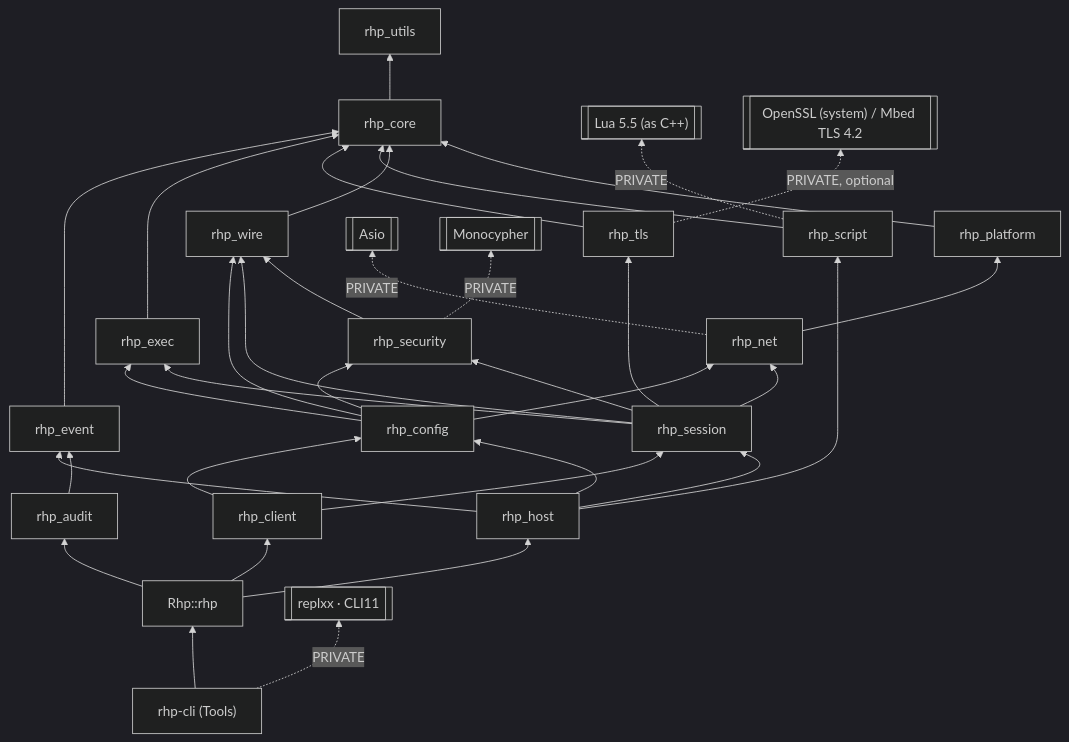
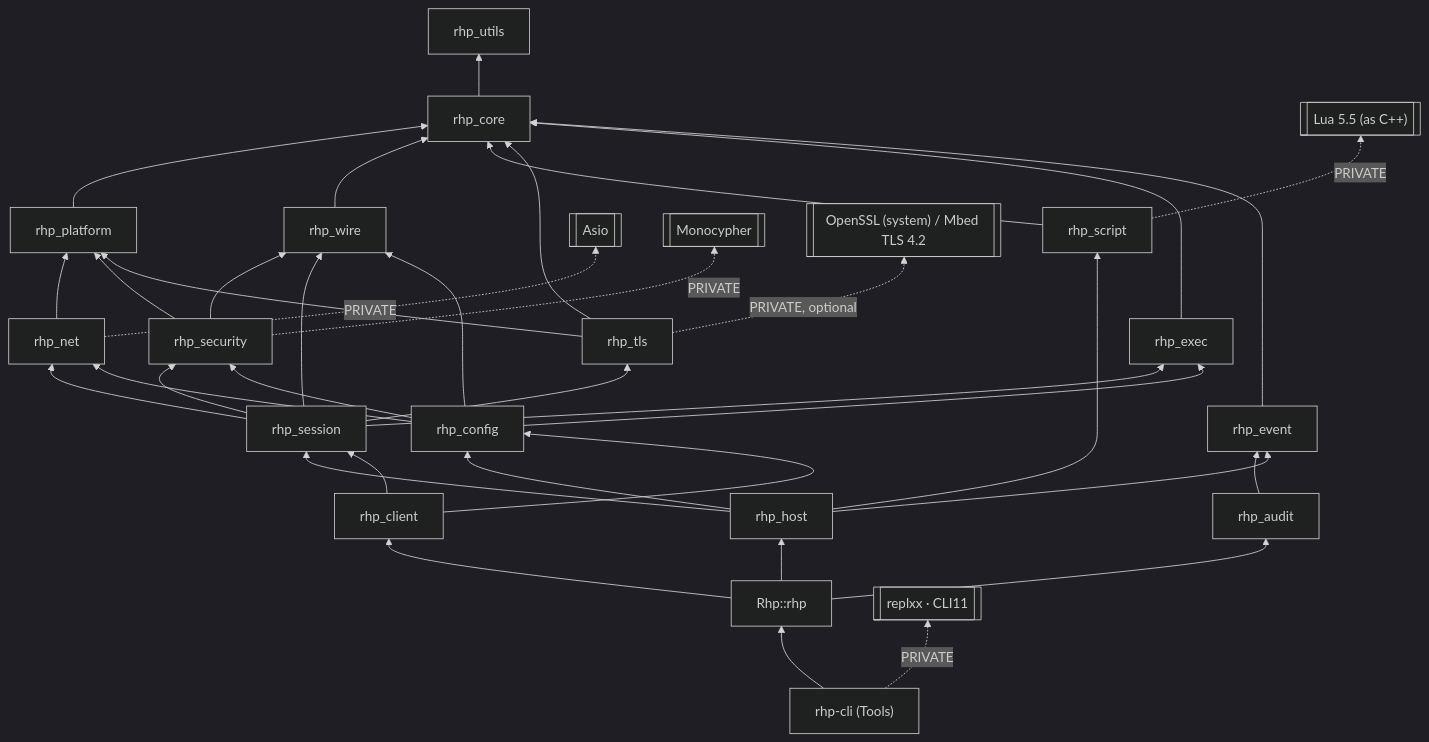
Before and after one commit to tonytranrp/RHP: diagram 12 of 14 in Docs/ARCHITECTURE.md, drawn with Mermaid (dark theme). The commit also changed other lines of this file and 50 other files, not shown here.

````diff
--- a/Docs/ARCHITECTURE.md
+++ b/Docs/ARCHITECTURE.md
@@ -811,38 +814,40 @@
 ```mermaid
 flowchart BT
     utils["rhp_utils"]
     core["rhp_core"] --> utils
     platform["rhp_platform"] --> core
     wire["rhp_wire"] --> core
     script["rhp_script"] --> core
     script -. PRIVATE .-> lua[["Lua 5.5 (as C++)"]]
     net["rhp_net"] --> platform
     net -. PRIVATE .-> asio[["Asio"]]
     sec["rhp_security"] --> wire
+    sec --> platform
     sec -. PRIVATE .-> mono[["Monocypher"]]
     tlsmod["rhp_tls"] --> core
+    tlsmod --> platform
     tlsmod -. PRIVATE, optional .-> tls[["OpenSSL (system) / Mbed TLS 4.2"]]
     session --> tlsmod
     exec["rhp_exec"] --> core
     session["rhp_session"] --> net
     session --> sec
     session --> exec
     session --> wire
     config["rhp_config"] --> net
     config --> sec
     config --> exec
     config --> wire
     host["rhp_host"] --> config
     host --> session
     host --> script
     event["rhp_event"] --> core
     audit["rhp_audit"] --> event
     host --> event
     client["rhp_client"] --> config
     client --> session
     rhp["Rhp::rhp"] --> host
     rhp --> client
     rhp --> audit
     cli["rhp-cli (Tools)"] --> rhp
     cli -. PRIVATE .-> rx[["replxx · CLI11"]]
 ```
````
